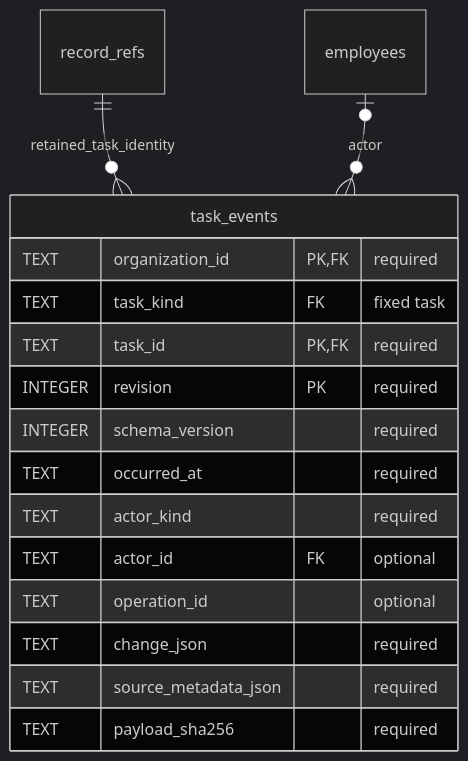
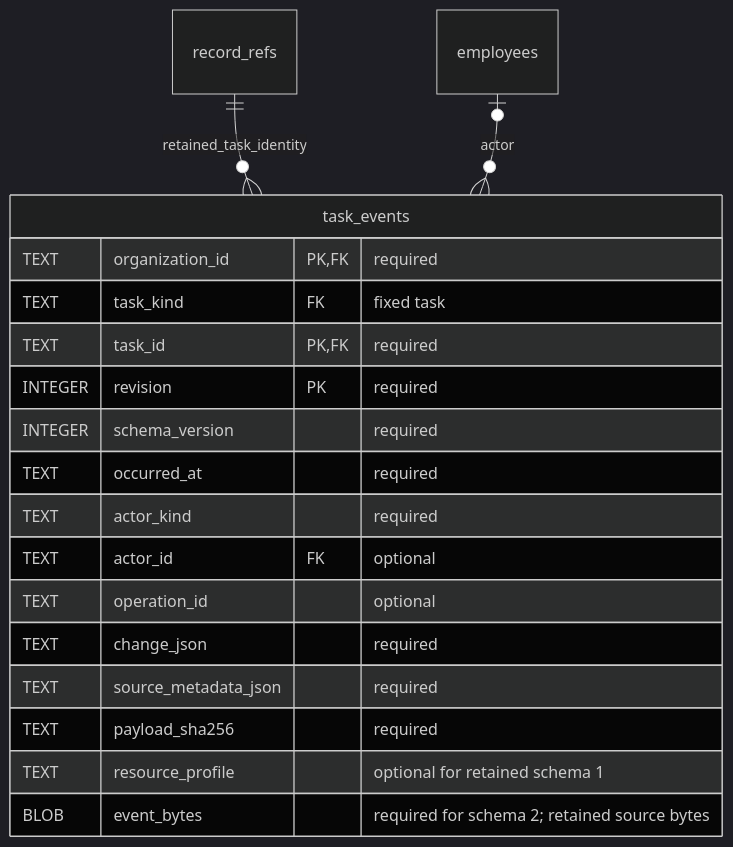
The second of 3 diagrams in docs/design/organization-data/05-operational-data.md (vgmello/agentic-org), drawn with Mermaid (dark theme) before and after one commit. The commit also changed other lines of this file and 287 other files, not shown here.

````diff
--- a/docs/design/organization-data/05-operational-data.md
+++ b/docs/design/organization-data/05-operational-data.md
@@ -275,19 +397,21 @@
 ```mermaid
 erDiagram
     record_refs ||--o{ task_events : retained_task_identity
     employees o|--o{ task_events : actor
     task_events {
         TEXT organization_id PK, FK "required"
         TEXT task_kind FK "fixed task"
         TEXT task_id PK, FK "required"
         INTEGER revision PK "required"
         INTEGER schema_version "required"
         TEXT occurred_at "required"
         TEXT actor_kind "required"
         TEXT actor_id FK "optional"
         TEXT operation_id "optional"
         TEXT change_json "required"
         TEXT source_metadata_json "required"
         TEXT payload_sha256 "required"
+        TEXT resource_profile "optional for retained schema 1"
+        BLOB event_bytes "required for schema 2; retained source bytes"
     }
 ```
````
